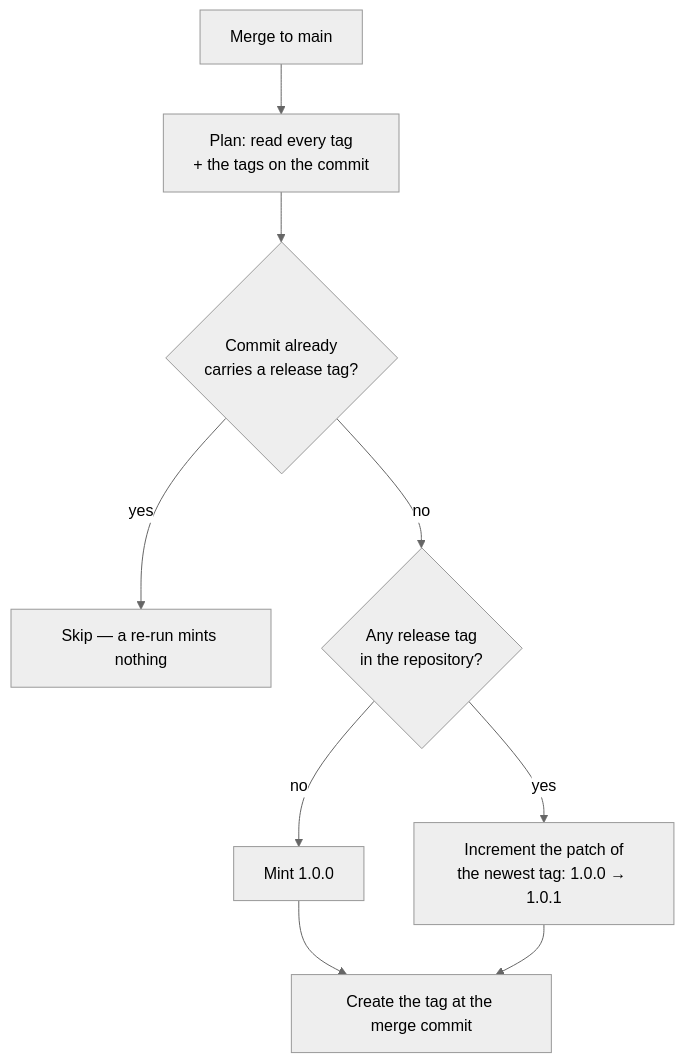
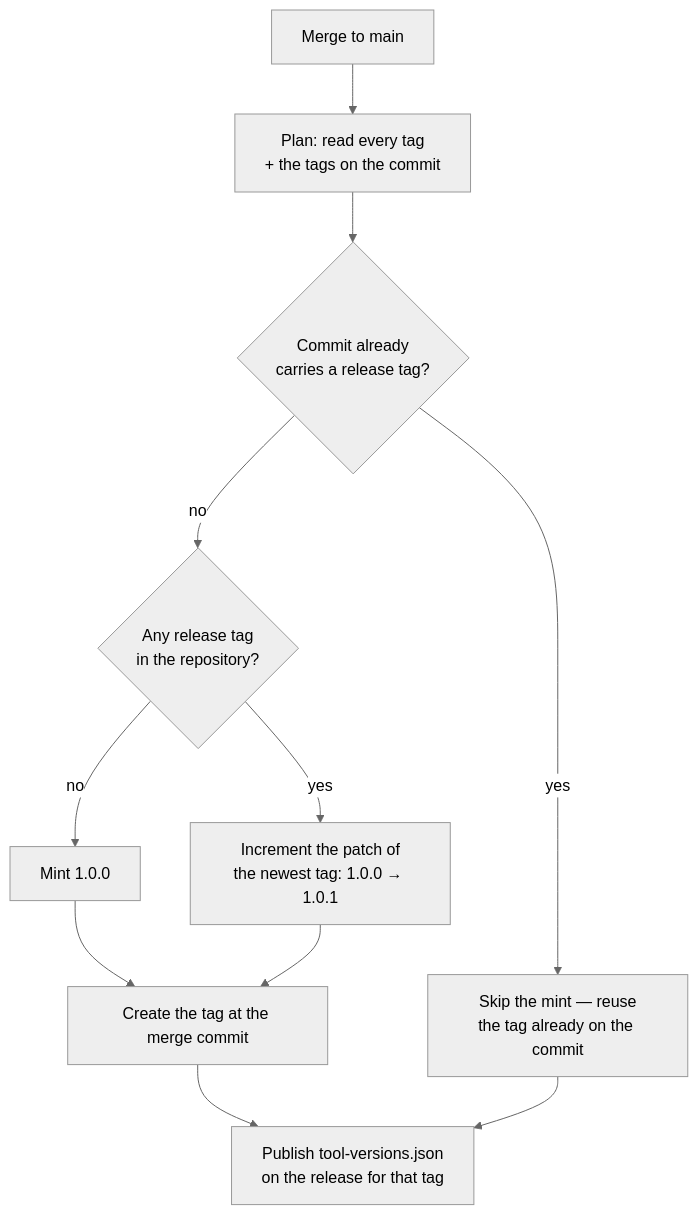
One commit to stSoftwareAU/VibeCoder changed the first of 2 diagrams in docs/RELEASE-TAGGING.md. Above: the diagram before and after it, drawn with Mermaid (neutral theme). The commit also changed other lines of this file and 44 other files, not shown here.

````diff
--- a/docs/RELEASE-TAGGING.md
+++ b/docs/RELEASE-TAGGING.md
@@ -26,11 +26,13 @@
 ```mermaid
 flowchart TD
     M["Merge to main"] --> P["Plan: read every tag<br/>+ the tags on the commit"]
     P --> A{"Commit already<br/>carries a release tag?"}
-    A -- yes --> S["Skip — a re-run mints nothing"]
+    A -- yes --> S["Skip the mint — reuse<br/>the tag already on the commit"]
     A -- no --> N{"Any release tag<br/>in the repository?"}
     N -- no --> F["Mint 1.0.0"]
     N -- yes --> I["Increment the patch of<br/>the newest tag: 1.0.0 → 1.0.1"]
     F --> T["Create the tag at the merge commit"]
     I --> T
+    T --> V["Publish tool-versions.json<br/>on the release for that tag"]
+    S --> V
 ```
````
